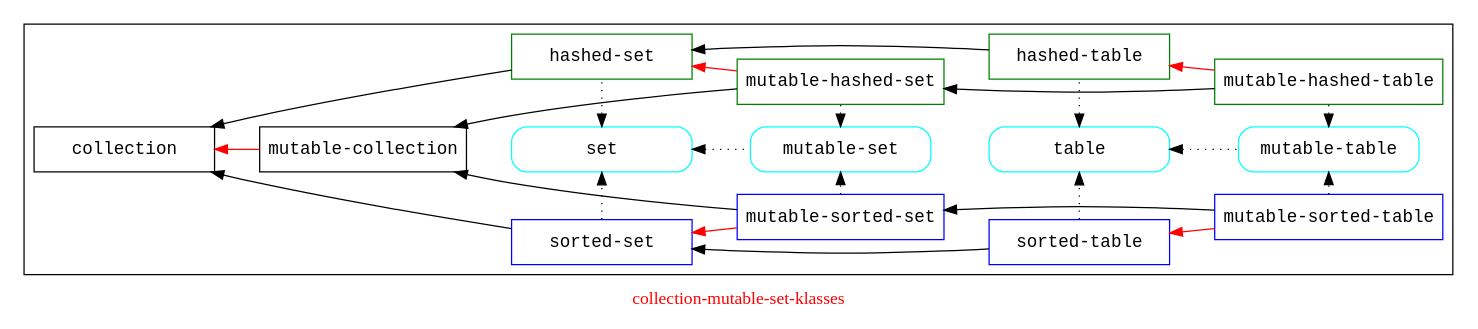
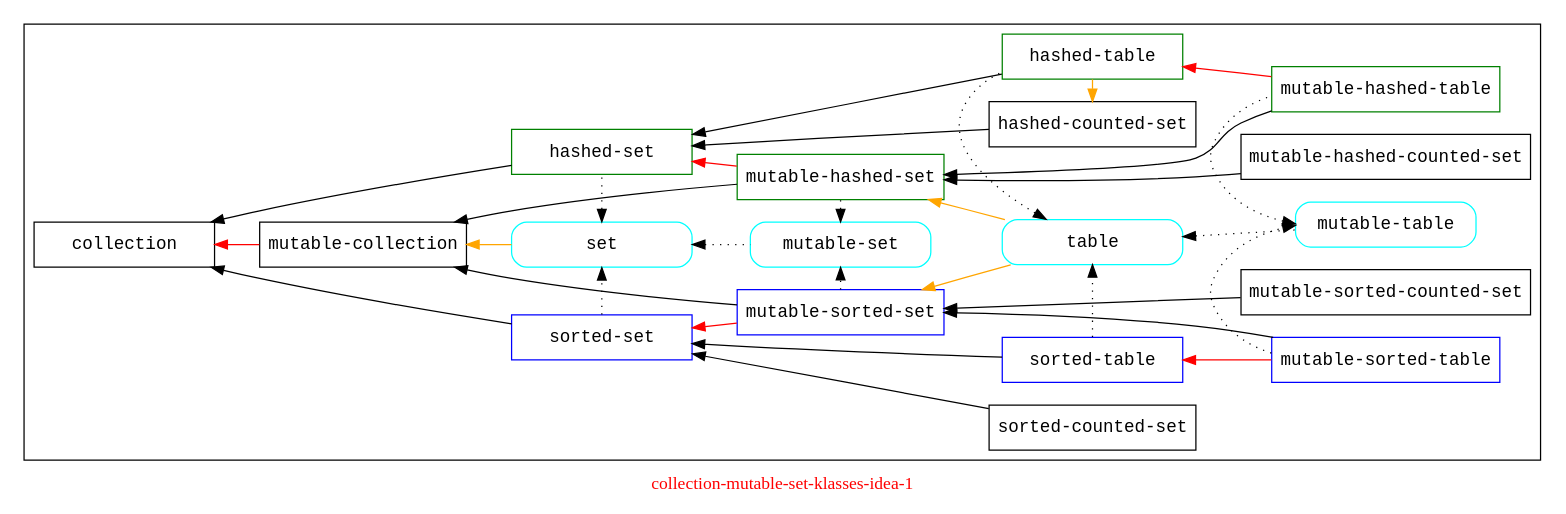
The diagram in doc/collection-mutable-set-klasses-idea-1.dot (Ayyzee/dakota), drawn with Graphviz before and after one commit. The commit also changed 1 other file, not shown here.

Commit message:
Cleanup of mutable-set based klasses graph.

```diff
--- a/doc/collection-mutable-set-klasses-idea-1.dot
+++ b/doc/collection-mutable-set-klasses-idea-1.dot
@@ -1,110 +1,118 @@
 // -*- mode: C++; c-basic-offset: 2; tab-width: 2; indent-tabs-mode: nil -*-
 
 // Copyright (C) 2007, 2008, 2009 Robert Nielsen <robert@dakota.org>
 //
 // Licensed under the Apache License, Version 2.0 (the "License");
 // you may not use this file except in compliance with the License.
 // You may obtain a copy of the License at
 //
 //      http://www.apache.org/licenses/LICENSE-2.0
 //
 // Unless required by applicable law or agreed to in writing, software
 // distributed under the License is distributed on an "AS IS" BASIS,
 // WITHOUT WARRANTIES OR CONDITIONS OF ANY KIND, either express or implied.
 // See the License for the specific language governing permissions and
 // limitations under the License.
 
-digraph "collection-mutable-set-klasses"
+digraph "collection-mutable-set-klasses-idea-1"
 {
 	graph [ label = "\G",
           fontcolor = red,
           rankdir = LR,
 	];
 	node [ fontname = courier,
          shape = rect,
          width = 2.0,
 	];
 	edge [ dir = back, // its more natural to see: some-klass <- some-subklass
 	];
 
 //   subgraph "cluster-legend"
 //   {
 //     graph [ label = "legend" ];
 //     "klass w/o slots";
 //     "klass w/ slots" [ color = blue ];
 //     "union klass" [ color = green ];
 //     "trait" [ style = rounded ];
 //   }
 
   subgraph "cluster-main"
   {
     graph [ label = "" ];
     // traits
     "set" [ style = rounded, color = cyan ];
     "table" [ style = rounded, color = cyan ];
     "mutable-set" [ style = rounded, color = cyan ];
     "mutable-table" [ style = rounded, color = cyan ];
     "hashed-set" [ color = green ];
     "sorted-set" [ color = blue ];
     "hashed-table" [ color = green ];
+    // "hashed-counted-set" [ color = green ];
+    // "sorted-counted-set" [ color = green ];
     "sorted-table" [ color = blue ];
     "mutable-hashed-table" [ color = green ];
     "mutable-sorted-table" [ color = blue ];
     "mutable-hashed-set" [ color = green ];
     "mutable-sorted-set" [ color = blue ];
 
     // klass-to-klass edges
     "mutable-collection" -> "mutable-sorted-set";
     "mutable-collection" -> "mutable-hashed-set";
     "collection" -> "sorted-set";
     "collection" -> "hashed-set";
     "collection" -> "mutable-collection" [ color = red ];
     "sorted-set" -> "mutable-sorted-set" [ color = red ];
     "hashed-set" -> "mutable-hashed-set" [ color = red ];
     "sorted-set" -> "sorted-table";
+    "sorted-set" -> "sorted-counted-set";
     "hashed-set" -> "hashed-table";
+    "hashed-set" -> "hashed-counted-set";
+    "mutable-hashed-set" -> "mutable-hashed-counted-set";
+    "mutable-sorted-set" -> "mutable-sorted-counted-set";
 
     // trait-to-trait edges
     "set" -> "mutable-set" [ style = dotted ];
     "table" -> "mutable-table" [ style = dotted ];
 
     // klass-to-trait edges
     // to debug set color = red
     "sorted-set" -> "set" [ style = dotted, dir = forward ];
     "sorted-table" -> "table" [ style = dotted, dir = forward ];
     "mutable-sorted-set" -> "mutable-set" [ style = dotted,  dir = forward ];
     "mutable-sorted-table" -> "mutable-table" [ style = dotted,  dir = forward ];
 
     // trait-to-klass edges
     "set" -> "hashed-set" [ style = dotted ];
     "table" -> "hashed-table" [ style = dotted ];
     "mutable-set" -> "mutable-hashed-set" [ style = dotted ];
     "mutable-table" -> "mutable-hashed-table" [ style = dotted ];
 
     "mutable-sorted-set" -> "mutable-sorted-table";
     "mutable-hashed-set" -> "mutable-hashed-table";
 
     "sorted-table" -> "mutable-sorted-table" [ color = red ];
     "hashed-table" -> "mutable-hashed-table" [ color = red ];
 
     { rank = same; "sorted-set"; "set" };
     { rank = same; "hashed-set"; "set" };
 
     { rank = same; "mutable-sorted-set"; "mutable-set" };
     { rank = same; "mutable-hashed-set"; "mutable-set" };
 
-    { rank = same; "mutable-sorted-table"; "mutable-table" };
-    { rank = same; "mutable-hashed-table"; "mutable-table" };
+    { rank = same; "mutable-sorted-table"; "mutable-table"; "mutable-sorted-counted-set" };
+    { rank = same; "mutable-hashed-table"; "mutable-table"; "mutable-hashed-counted-set" };
 
-    { rank = same; "sorted-table"; "table" };
-    { rank = same; "hashed-table"; "table" };
+    { rank = same; "sorted-table"; "table"; "sorted-counted-set" };
+    { rank = same; "hashed-table"; "table"; "hashed-counted-set" };
 
     // layout hacks
     // to debug set color = gray
-    "mutable-sorted-set" -> "table" [ style = invis ];
-    "mutable-hashed-set" -> "table" [ style = invis ];
-  }
+    "mutable-sorted-set" -> "table" [ color = orange ];
+    "mutable-hashed-set" -> "table" [ color = orange ];
+
+    "hashed-counted-set" -> "hashed-table" [ color = orange ]; // invis
 
   // layout only
-  "mutable-collection" -> "set" [ style = invis ];
+  "mutable-collection" -> "set" [ color = orange ];
+  }
 }
```
